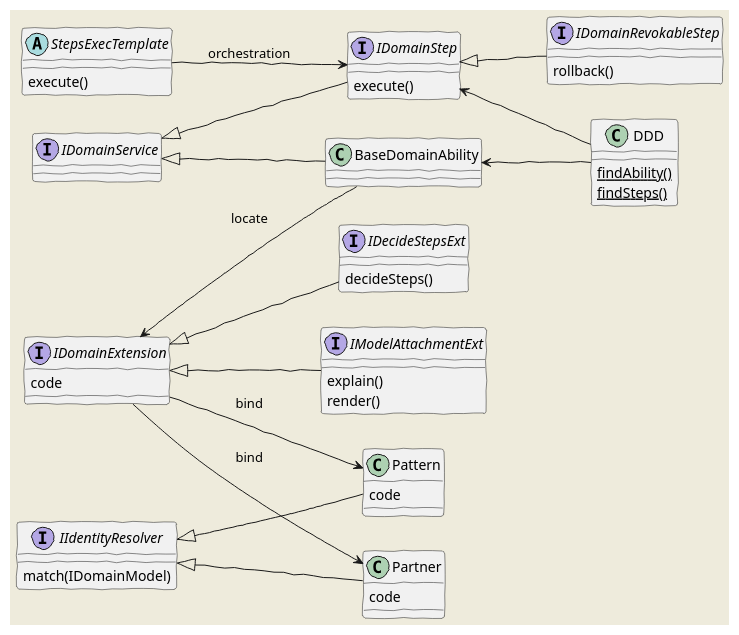
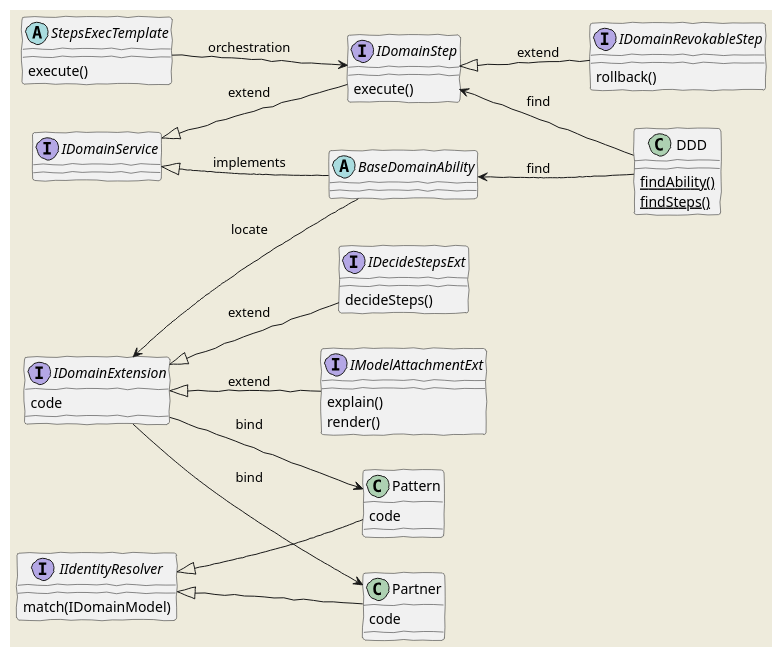
The diagram in doc/classes.puml (funkygao/cp-ddd-framework), drawn with PlantUML before and after one commit. The commit also changed 1 other file, not shown here.

Commit message:
fix doc: the class diagram

```diff
--- a/doc/classes.puml
+++ b/doc/classes.puml
@@ -1,48 +1,49 @@
 @startuml
 skinparam handwritten true
 skinparam backgroundColor #EEEBDC
 skinparam shadowing<<with_shadow>> true
 left to right direction
 
 interface IDomainService
 interface IDomainStep
 IDomainStep : execute()
 interface IDecideStepsExt
 interface IDomainRevokableStep
 IDomainRevokableStep : rollback()
 interface IDomainExtension
 interface IIdentityResolver
 interface IModelAttachmentExt
 IModelAttachmentExt : explain()
 IModelAttachmentExt : render()
 abstract StepsExecTemplate
+abstract BaseDomainAbility
 StepsExecTemplate : execute()
 DDD : {static} findAbility()
 DDD : {static} findSteps()
 IDecideStepsExt : decideSteps()
 IIdentityResolver : match(IDomainModel)
 
-IDomainService <|-- IDomainStep
-IDomainStep <|-- IDomainRevokableStep
-IDomainService <|-- BaseDomainAbility
+IDomainService <|-- IDomainStep: extend
+IDomainStep <|-- IDomainRevokableStep: extend
+IDomainService <|-- BaseDomainAbility: implements
 
-IDomainExtension <|-- IDecideStepsExt
-IDomainExtension <|-- IModelAttachmentExt
+IDomainExtension <|-- IDecideStepsExt: extend
+IDomainExtension <|-- IModelAttachmentExt: extend
 
 IIdentityResolver <|-- Pattern
 IIdentityResolver <|-- Partner
 
-BaseDomainAbility <-- DDD
-IDomainStep <-- DDD
+BaseDomainAbility <-- DDD: find
+IDomainStep <-- DDD: find
 
 IDomainExtension <-- BaseDomainAbility: locate
 
 IDomainExtension --> Pattern: bind
 IDomainExtension --> Partner: bind
 
 Partner : code
 Pattern : code
 IDomainExtension : code
 
 StepsExecTemplate --> IDomainStep: orchestration
 @enduml
```
